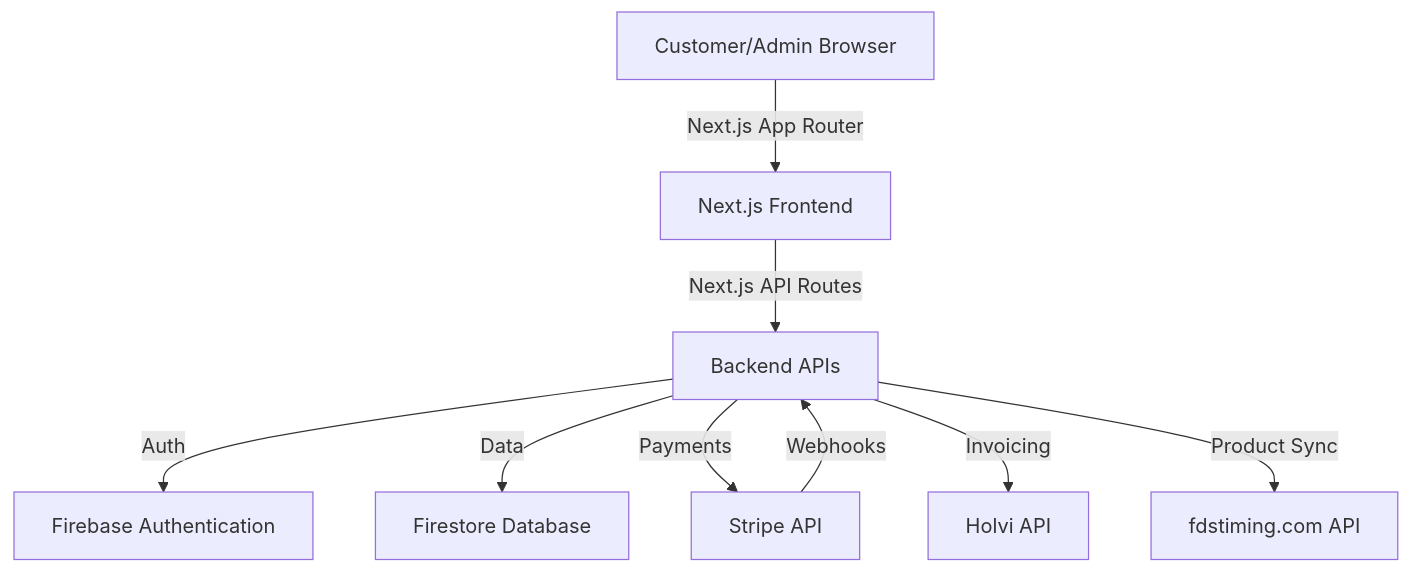
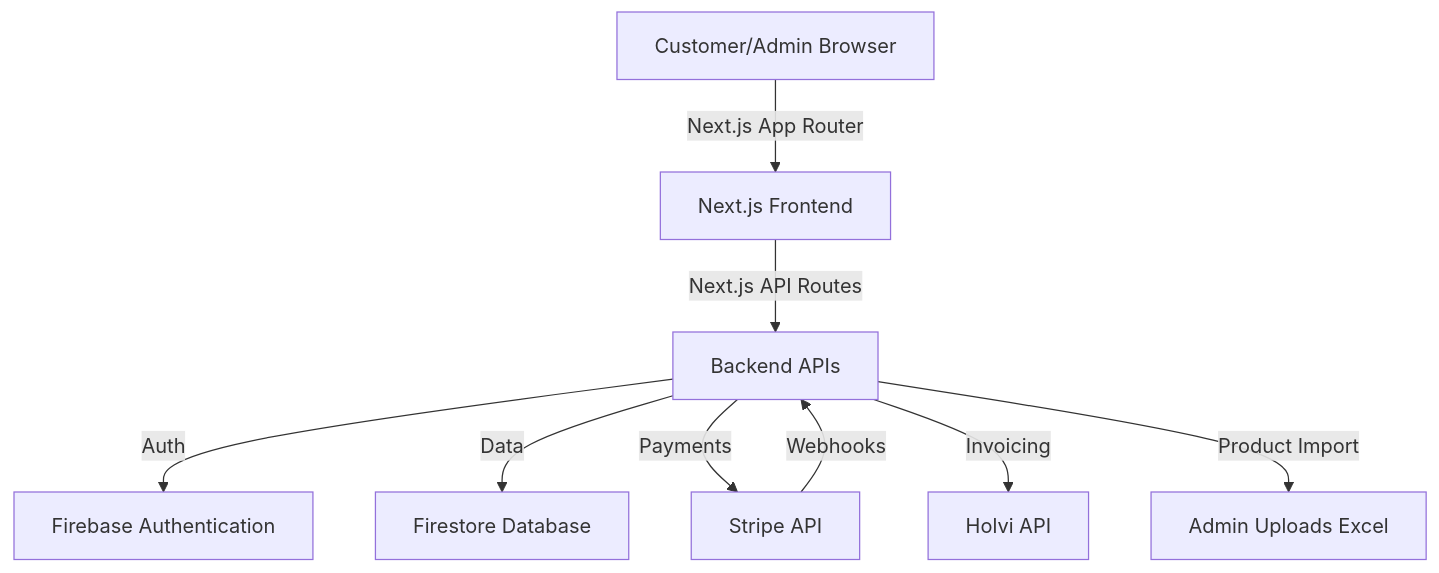
One commit to ristovuorinen2/eqilo changed the diagram in docs/eqilo-architecture.md. Above: the diagram before and after it, drawn with Mermaid. The commit also changed other lines of this file, not shown here.

Commit message:
docs: replace product sync api with Excel import from Price List 2026 V3.0

````diff
--- a/docs/eqilo-architecture.md
+++ b/docs/eqilo-architecture.md
@@ -15,14 +15,14 @@
 ```mermaid
 graph TD
     Client[Customer/Admin Browser] -->|Next.js App Router| Frontend[Next.js Frontend]
     Frontend -->|Next.js API Routes| Backend[Backend APIs]
     
     Backend -->|Auth| FirebaseAuth[Firebase Authentication]
     Backend -->|Data| Firestore[Firestore Database]
     
     Backend -->|Payments| Stripe[Stripe API]
     Backend -->|Invoicing| Holvi[Holvi API]
-    Backend -->|Product Sync| FdsTiming[fdstiming.com API]
+    Backend -->|Product Import| Admin[Admin Uploads Excel]
     
     Stripe -->|Webhooks| Backend
 ```
````
